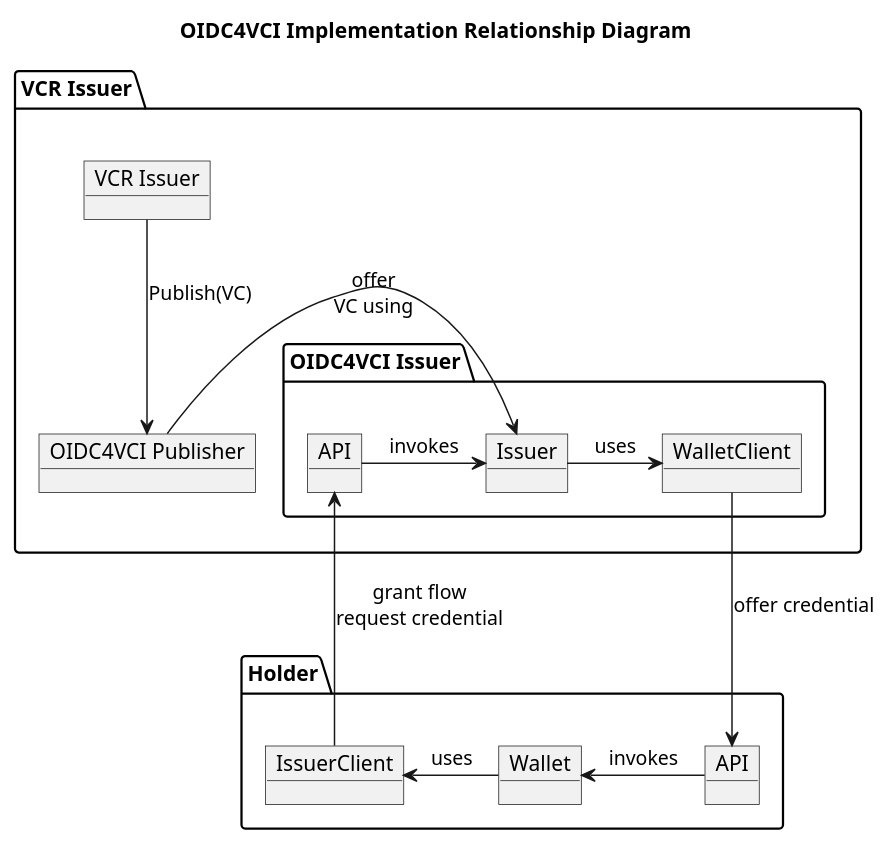
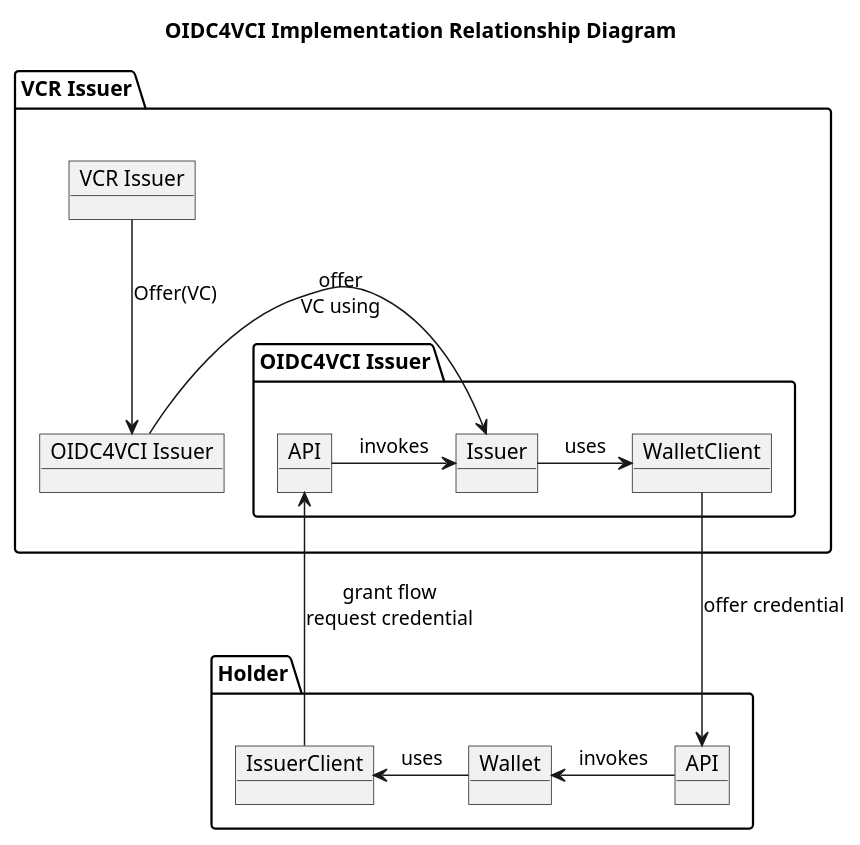
The diagram in vcr/oidc4vci/docs/technical-design-class-diagram.puml (nuts-foundation/nuts-node), drawn with PlantUML before and after one commit. The commit also changed 1 other file, not shown here.

Commit message:
update diagrams

```diff
--- a/vcr/oidc4vci/docs/technical-design-class-diagram.puml
+++ b/vcr/oidc4vci/docs/technical-design-class-diagram.puml
@@ -1,31 +1,31 @@
 @startuml
 'https://plantuml.com/object-diagram
 
 title OIDC4VCI Implementation Relationship Diagram
 
 package "VCR Issuer" {
     object "VCR Issuer" as VCRIssuer
-    object "OIDC4VCI Publisher" as Publisher
+    object "OIDC4VCI Issuer" as Publisher
     package "OIDC4VCI Issuer" {
         object Issuer
         object "API" as IssuerAPI
         object WalletClient
     }
 }
 
 package Holder {
     object Wallet
     object "API" as HolderAPI
     object IssuerClient
 }
 
-VCRIssuer -down-> Publisher : Publish(VC)
+VCRIssuer -down-> Publisher : Offer(VC)
 Publisher->Issuer : offer\nVC using
 Issuer->WalletClient : uses
 IssuerAPI->Issuer : invokes
 WalletClient -down-> HolderAPI : offer credential
 
 HolderAPI -left-> Wallet : invokes
 Wallet -> IssuerClient : uses
 IssuerClient -> IssuerAPI : grant flow\nrequest credential
 @enduml
```
